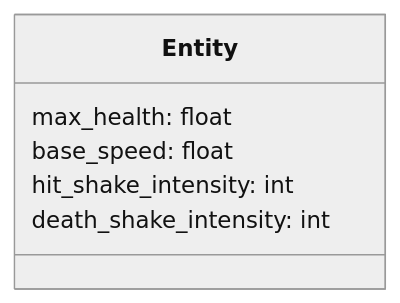
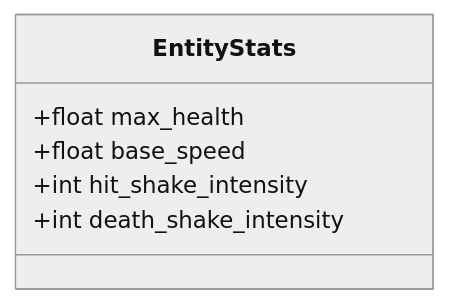
The second of 3 diagrams in docs/classes.md (safwan-ds/AstroDodge), drawn with Mermaid (neutral theme) before and after one commit. The commit also changed other lines of this file and 93 other files, not shown here.

````diff
--- a/docs/classes.md
+++ b/docs/classes.md
@@ -91,9 +108,9 @@
 ```mermaid
 classDiagram
-    class Entity{
-        max_health: float
-        base_speed: float
-        hit_shake_intensity: int
-        death_shake_intensity: int
+    class EntityStats{
+        +float max_health
+        +float base_speed
+        +int hit_shake_intensity
+        +int death_shake_intensity
     }
 ```
````
